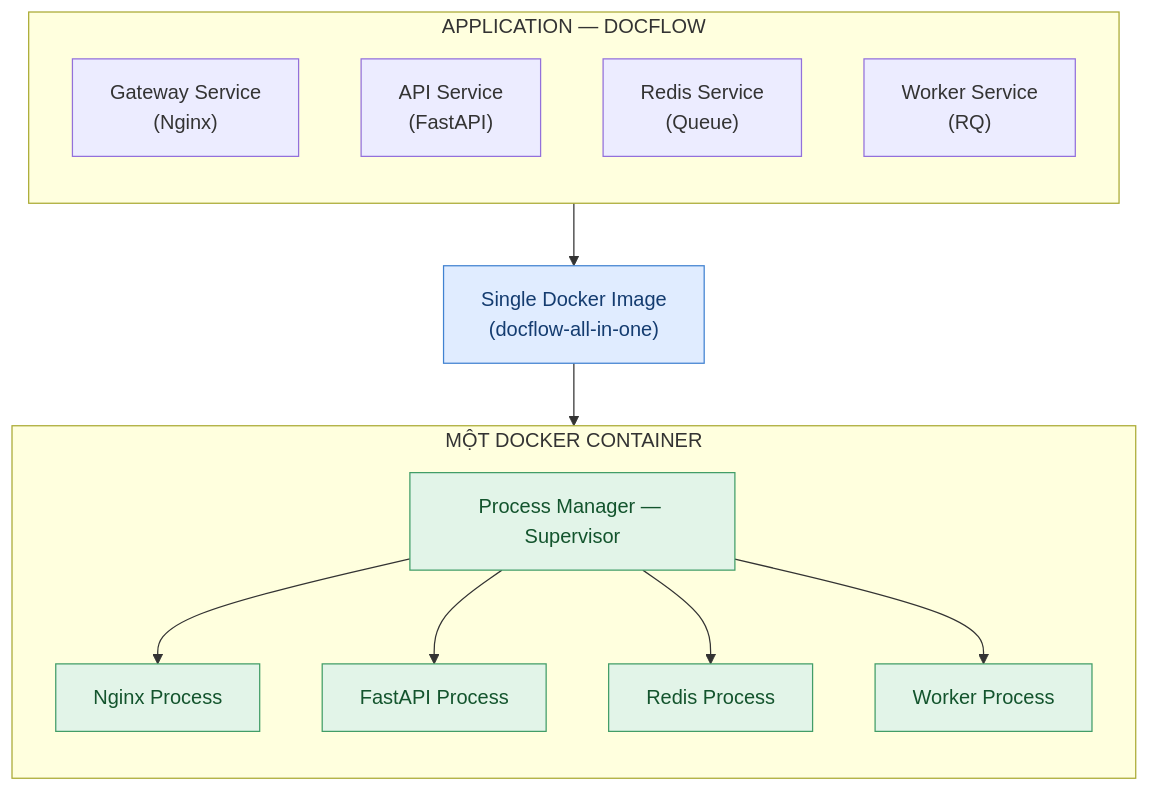
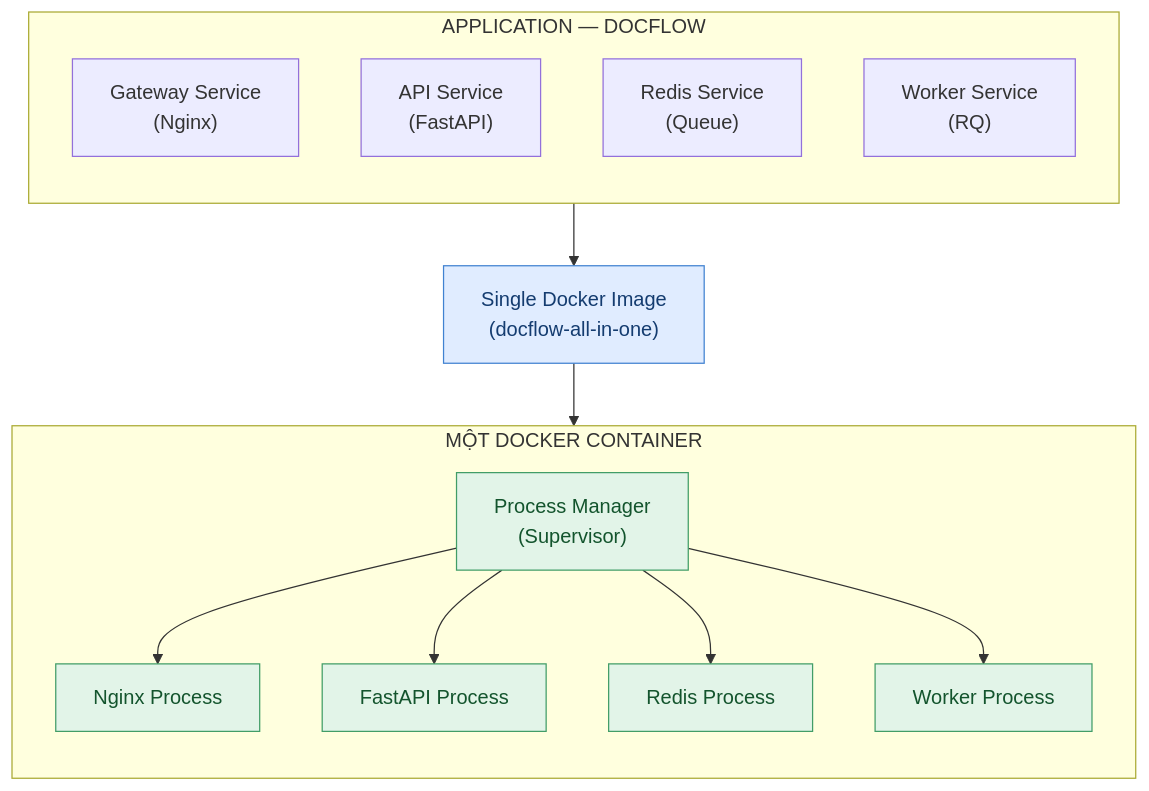
The second of 2 diagrams in README.md (TranKiet146/docflow_SOA_Seminar), drawn with Mermaid before and after one commit.

Commit message:
presentation diagram update margin

````diff
--- a/README.md
+++ b/README.md
@@ -415,31 +415,33 @@
 ```mermaid
 flowchart TB
     subgraph S["APPLICATION — DOCFLOW"]
         direction TB
         A["Gateway Service<br/>(Nginx)"]
         B["API Service<br/>(FastAPI)"]
         C["Redis Service<br/>(Queue)"]
         D["Worker Service<br/>(RQ)"]
     end
 
-    S --> I[" Single Docker Image<br/>(docflow-all-in-one)"]
-    I --> K
+    I["Single Docker Image<br/>(docflow-all-in-one)"]
 
     subgraph K["MỘT DOCKER CONTAINER"]
         direction TB
-        P["Process Manager — Supervisor"]
+        P["Process Manager<br/>(Supervisor)"]
         N["Nginx Process"]
         F["FastAPI Process"]
         R["Redis Process"]
         W["Worker Process"]
         P --> N
         P --> F
         P --> R
         P --> W
     end
 
+    S --> I
+    I --> K
+
     classDef image fill:#e0ecff,stroke:#4182d1,color:#143c70
     classDef container fill:#e2f4e8,stroke:#419d67,color:#13542d
     class I image
     class P,N,F,R,W container
 ```
````
